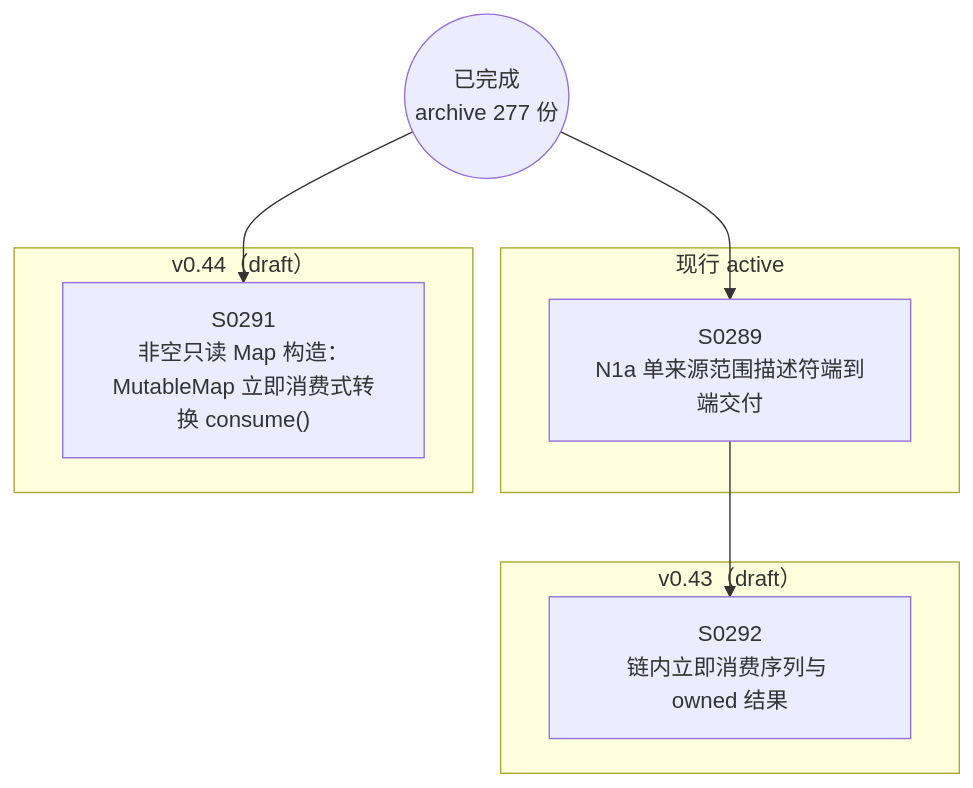
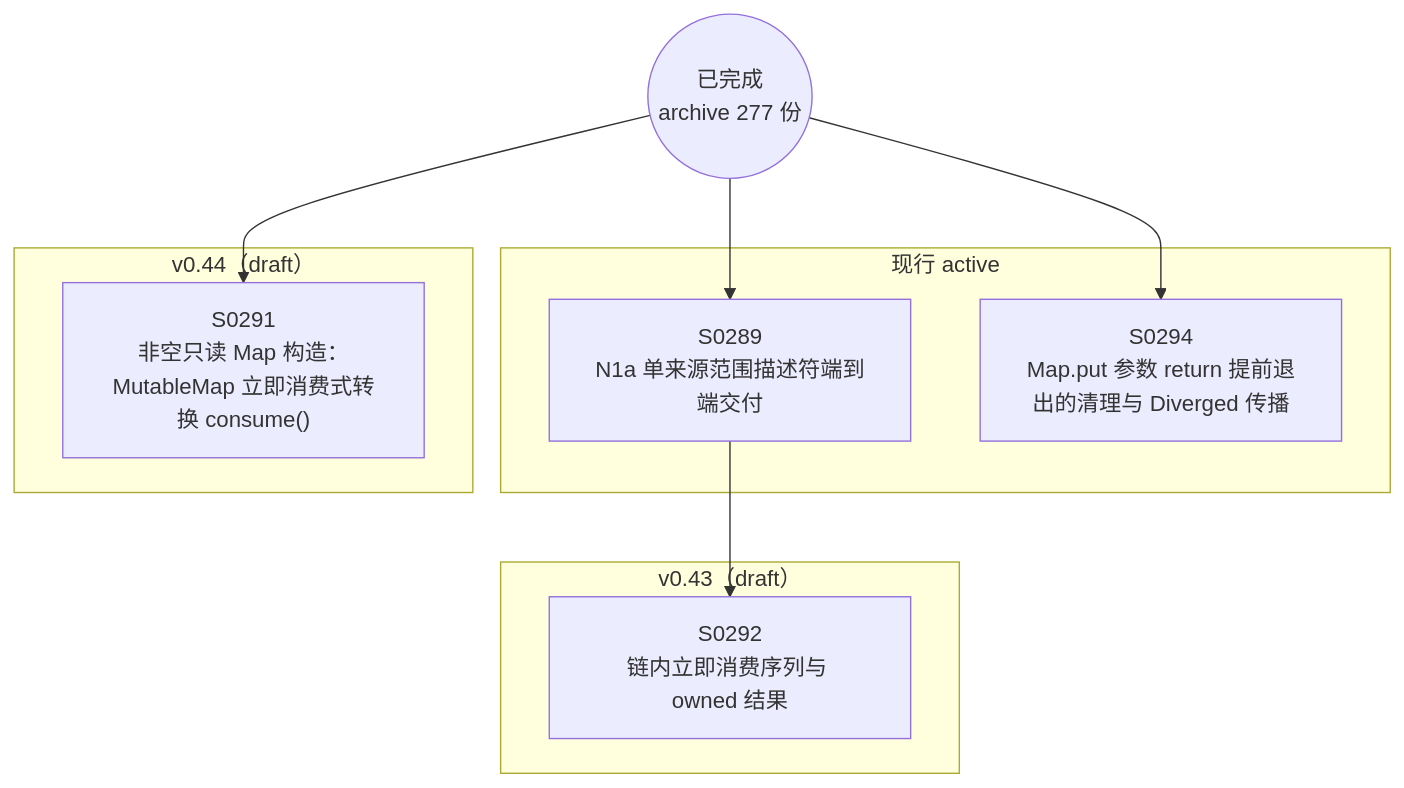
One commit to Halckon/Koven changed the diagram in docs/specs/dependency-graph.md. Above: the diagram before and after it, drawn with Mermaid. The commit also changed other lines of this file and 9 other files, not shown here.

Commit message:
test(codegen): expose Map.put return exits (SPEC-0294)

````diff
--- a/docs/specs/dependency-graph.md
+++ b/docs/specs/dependency-graph.md
@@ -9,16 +9,18 @@
 ```mermaid
 flowchart TD
 ARCH(("已完成<br/>archive 277 份"))
 subgraph Gactive["现行 active"]
   S0289["S0289<br/>N1a 单来源范围描述符端到端交付"]
+  S0294["S0294<br/>Map.put 参数 return 提前退出的清理与 Diverged 传播"]
 end
 subgraph Gdrafts_v043["v0.43（draft）"]
   S0292["S0292<br/>链内立即消费序列与 owned 结果"]
 end
 subgraph Gdrafts_v044["v0.44（draft）"]
   S0291["S0291<br/>非空只读 Map 构造：MutableMap 立即消费式转换 consume()"]
 end
 S0289 --> S0292
 ARCH --> S0289
 ARCH --> S0291
+ARCH --> S0294
 ```
````
